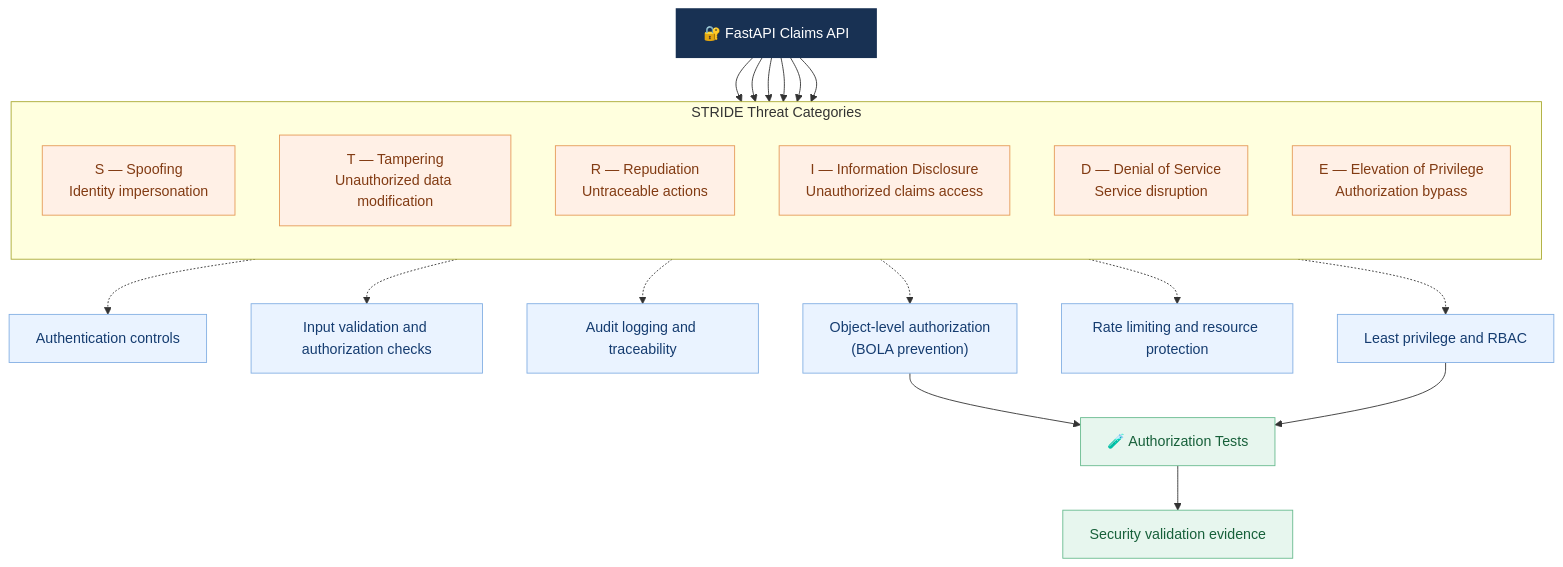
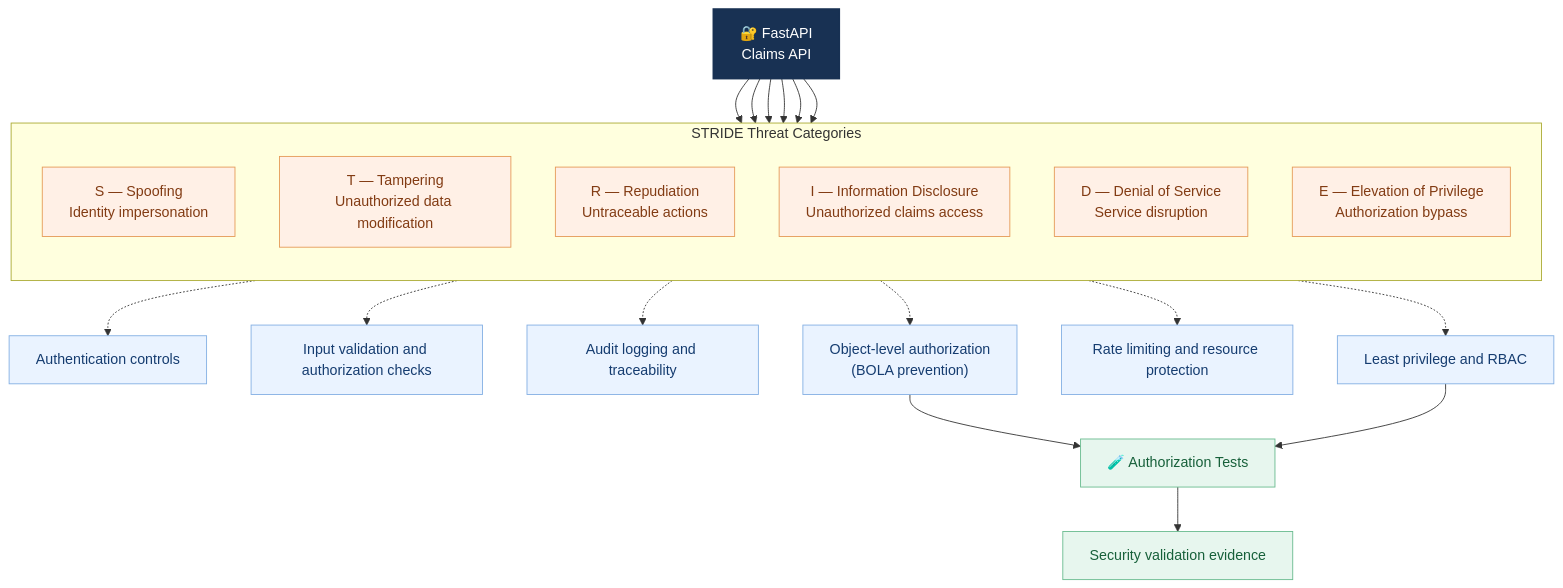
Before and after one commit to tmillan123/stride-threat-modeling-validation-lab: the diagram in README.md, drawn with Mermaid.

Commit message:
Fix formatting of FastAPI Claims API in README

````diff
--- a/README.md
+++ b/README.md
@@ -8,44 +8,45 @@
 ```mermaid
 flowchart TB
-    APP["🔐 FastAPI Claims API"]
+    APP["🔐 FastAPI
+Claims API"]
 
     subgraph STRIDE["STRIDE Threat Categories"]
         direction TB
         S["S — Spoofing<br/>Identity impersonation"]
         T["T — Tampering<br/>Unauthorized data modification"]
         R["R — Repudiation<br/>Untraceable actions"]
         I["I — Information Disclosure<br/>Unauthorized claims access"]
         D["D — Denial of Service<br/>Service disruption"]
         E["E — Elevation of Privilege<br/>Authorization bypass"]
     end
 
     APP --> S
     APP --> T
     APP --> R
     APP --> I
     APP --> D
     APP --> E
 
     S -.-> C1["Authentication controls"]
     T -.-> C2["Input validation and authorization checks"]
     R -.-> C3["Audit logging and traceability"]
     I -.-> C4["Object-level authorization 
     (BOLA prevention)"]
     D -.-> C5["Rate limiting and resource protection"]
     E -.-> C6["Least privilege and RBAC"]
 
     C4 --> TEST["🧪 Authorization Tests"]
     C6 --> TEST
 
     TEST --> RESULT["Security validation evidence"]
 
     classDef application fill:#183153,color:#ffffff,stroke:#183153,stroke-width:2px
     classDef threat fill:#fff0e6,color:#823b13,stroke:#e59a57
     classDef control fill:#eaf3ff,color:#153c70,stroke:#83afe3
     classDef validation fill:#e7f6ee,color:#17603a,stroke:#69bb8f
 
     class APP application
     class S,T,R,I,D,E threat
     class C1,C2,C3,C4,C5,C6 control
     class TEST,RESULT validation
 ```
````
